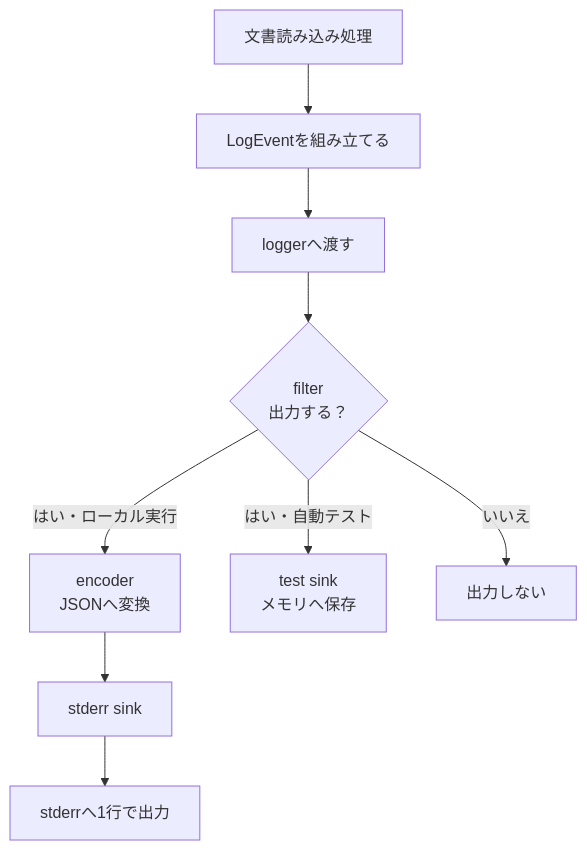
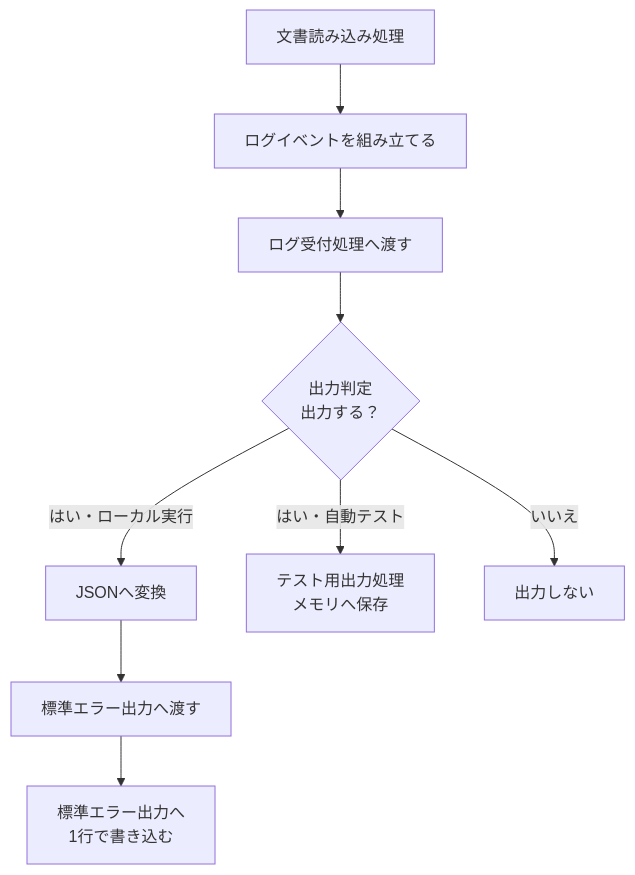
Before and after one commit to takashit16833/RAGScope: the second of 4 diagrams in project-docs/design/エラー・ログ設計.md, drawn with Mermaid. The commit also changed other lines of this file and 36 other files, not shown here.

````diff
--- a/project-docs/design/エラー・ログ設計.md
+++ b/project-docs/design/エラー・ログ設計.md
@@ -130,17 +130,17 @@
 ```mermaid
 flowchart TD
     Feature["文書読み込み処理"]
-    Build["LogEventを組み立てる"]
-    Logger["loggerへ渡す"]
-    Filter{"filter<br>出力する？"}
-    Encoder["encoder<br>JSONへ変換"]
-    Stderr["stderr sink"]
-    Output["stderrへ1行で出力"]
-    Test["test sink<br>メモリへ保存"]
+    Build["ログイベントを組み立てる"]
+    Logger["ログ受付処理へ渡す"]
+    Filter{"出力判定<br>出力する？"}
+    Encoder["JSONへ変換"]
+    Stderr["標準エラー出力へ渡す"]
+    Output["標準エラー出力へ<br>1行で書き込む"]
+    Test["テスト用出力処理<br>メモリへ保存"]
     Drop["出力しない"]
 
     Feature --> Build --> Logger --> Filter
     Filter -->|いいえ| Drop
     Filter -->|はい・ローカル実行| Encoder --> Stderr --> Output
     Filter -->|はい・自動テスト| Test
 ```
````
